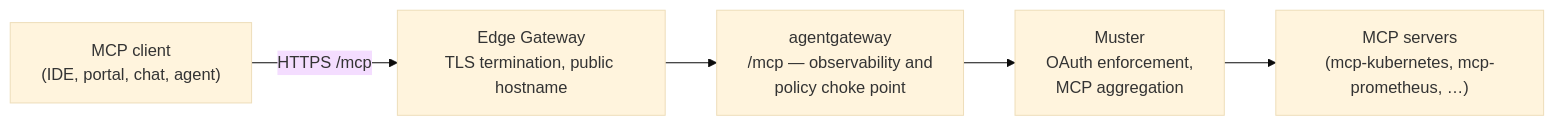
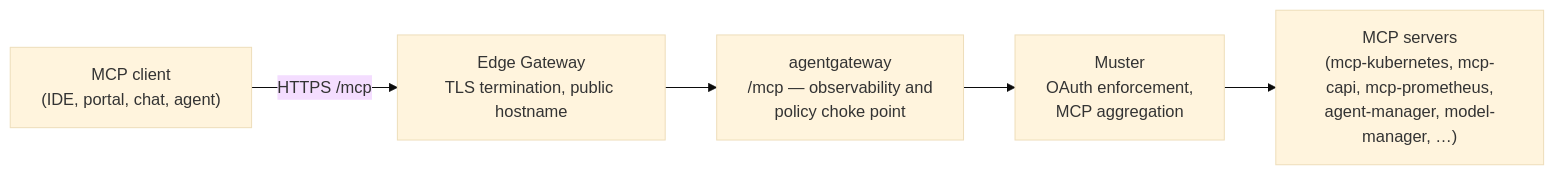
The first of 2 diagrams in src/content/overview/agent-platform/architecture/index.md (giantswarm/docs), drawn with Mermaid (base theme) before and after one commit. The commit also changed other lines of this file and 6 other files, not shown here.

Commit message:
docs(agent-platform): name the three MCP server groups — Agent Platform, Infrastructure, Registered servers (#3412)

```diff
--- a/src/content/overview/agent-platform/architecture/index.md
+++ b/src/content/overview/agent-platform/architecture/index.md
@@ -29,13 +29,13 @@
 {{< mermaid >}}
 flowchart LR
   client["MCP client<br/>(IDE, portal, chat, agent)"]
   edge["Edge Gateway<br/>TLS termination, public hostname"]
   agw["agentgateway<br/>/mcp — observability and<br/>policy choke point"]
   muster["Muster<br/>OAuth enforcement,<br/>MCP aggregation"]
-  servers["MCP servers<br/>(mcp-kubernetes, mcp-prometheus, …)"]
+  servers["MCP servers<br/>(mcp-kubernetes, mcp-capi, mcp-prometheus,<br/>agent-manager, model-manager, …)"]
 
   client -- "HTTPS /mcp" --> edge
   edge --> agw
   agw --> muster
   muster --> servers
 {{< /mermaid >}}
```
